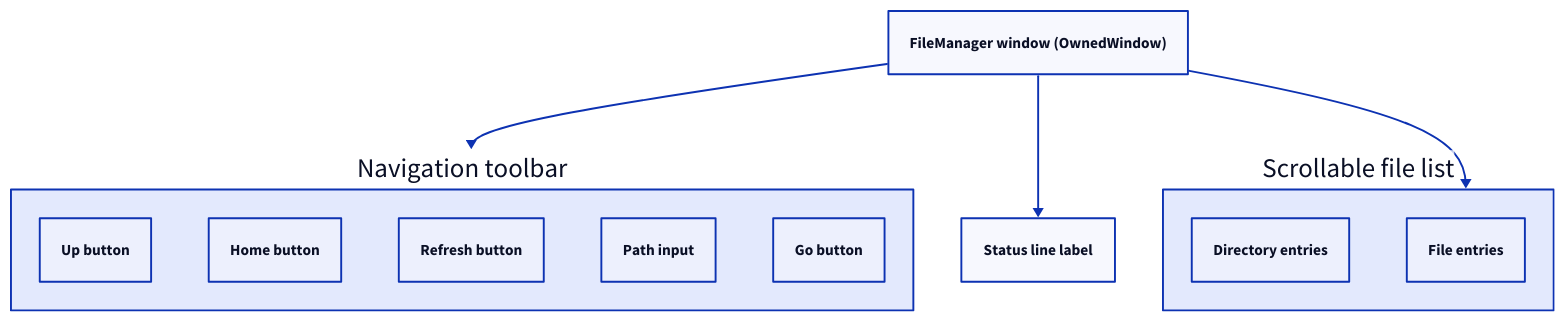
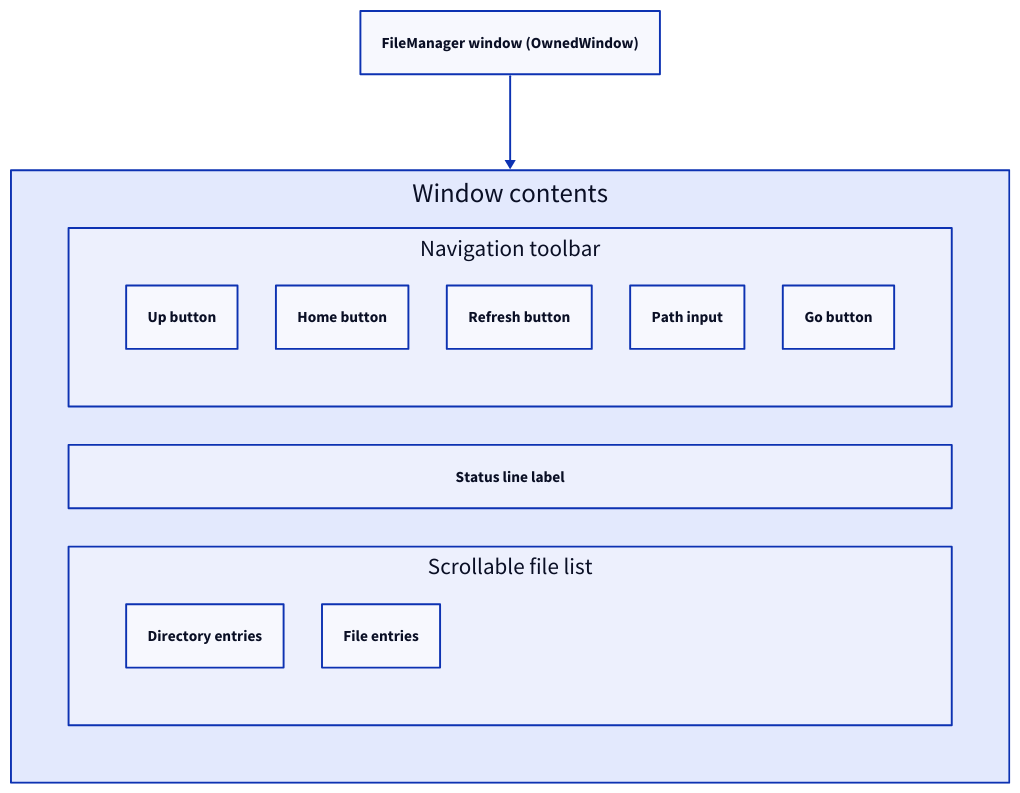
Before and after one commit to xila-project/website: the diagram in src/content/docs/explanation/architecture/executables/file_manager.mdx, drawn with D2. The commit also changed 4 other files, not shown here.

Commit message:
docs(diagrams): fix layout and shape classes in the executables diagrams

````diff
--- a/src/content/docs/explanation/architecture/executables/file_manager.mdx
+++ b/src/content/docs/explanation/architecture/executables/file_manager.mdx
@@ -31,21 +31,26 @@
 ```d2 title="Components of the File manager window"
+direction: down
 window: "FileManager window (OwnedWindow)" { class: focus }
-toolbar: Navigation toolbar {
+parts: Window contents {
   class: layer
-  up: Up button { class: component }
-  home: Home button { class: component }
-  refresh: Refresh button { class: component }
-  path: Path input { class: component }
-  go: Go button { class: component }
-}
-status: Status line label { class: component }
-list: Scrollable file list {
-  class: layer
-  dirs: Directory entries { class: component }
-  files: File entries { class: component }
+  grid-columns: 1
+  toolbar: Navigation toolbar {
+    class: layer
+    grid-rows: 1
+    up: Up button { class: component }
+    home: Home button { class: component }
+    refresh: Refresh button { class: component }
+    path: Path input { class: component }
+    go: Go button { class: component }
+  }
+  status: Status line label { class: component }
+  list: Scrollable file list {
+    class: layer
+    grid-rows: 1
+    dirs: Directory entries { class: component }
+    files: File entries { class: component }
+  }
 }
 
-window -> toolbar
-window -> status
-window -> list
+window -> parts
 ```
````
